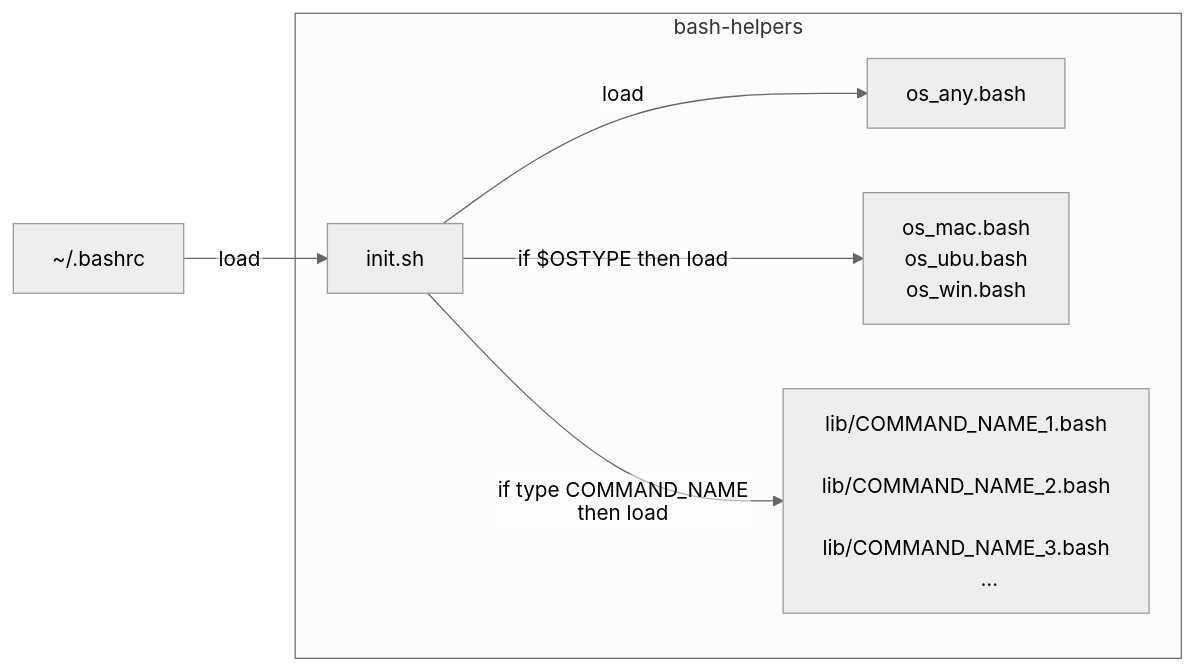
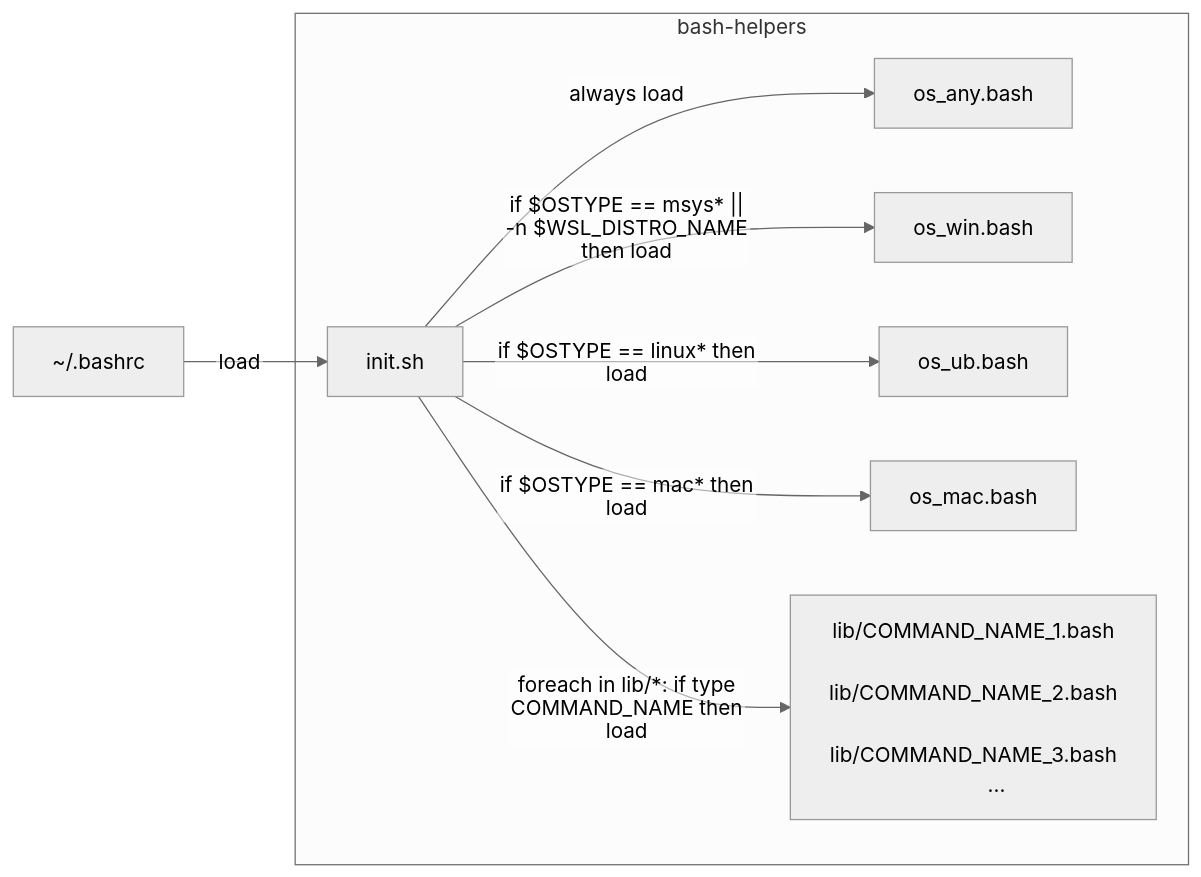
The diagram in README.md (alanlivio/ps-sh-helpers), drawn with Mermaid (neutral theme) before and after one commit. The commit also changed 2 other files, not shown here.

Commit message:
refact init.sh loading

````diff
--- a/README.md
+++ b/README.md
@@ -8,23 +8,24 @@
 ```mermaid
 %%{init: {"flowchart": {"htmlLabels": false}} }%%
 flowchart LR
     bashrc["~/.bashrc"]
     subgraph bash-helpers
     init["init.sh"]
     any["os_any.bash"]
-    os-dependent["
-        os_mac.bash
-        os_ubu.bash
-        os_win.bash"]
+    win["os_win.bash"]
+    ubu["os_ub.bash"]
+    mac["os_mac.bash"]
     command-dependent["
         lib/COMMAND_NAME_1.bash
         lib/COMMAND_NAME_2.bash
         lib/COMMAND_NAME_3.bash
         ...
     "]
     end
     bashrc --> |"load"| init
-    init --> |"load"|any
-    init --> |"if $OSTYPE then load"|os-dependent
-    init --> |"if type COMMAND_NAME then load"|command-dependent
+    init --> |"always load"|any
+    init --> |"if $OSTYPE == msys* || -n $WSL_DISTRO_NAME then load"|win
+    init --> |"if $OSTYPE == linux* then load"|ubu
+    init --> |"if $OSTYPE == mac* then load"|mac
+    init --> |"foreach in lib/*: if type COMMAND_NAME then load"|command-dependent
 ```
````
